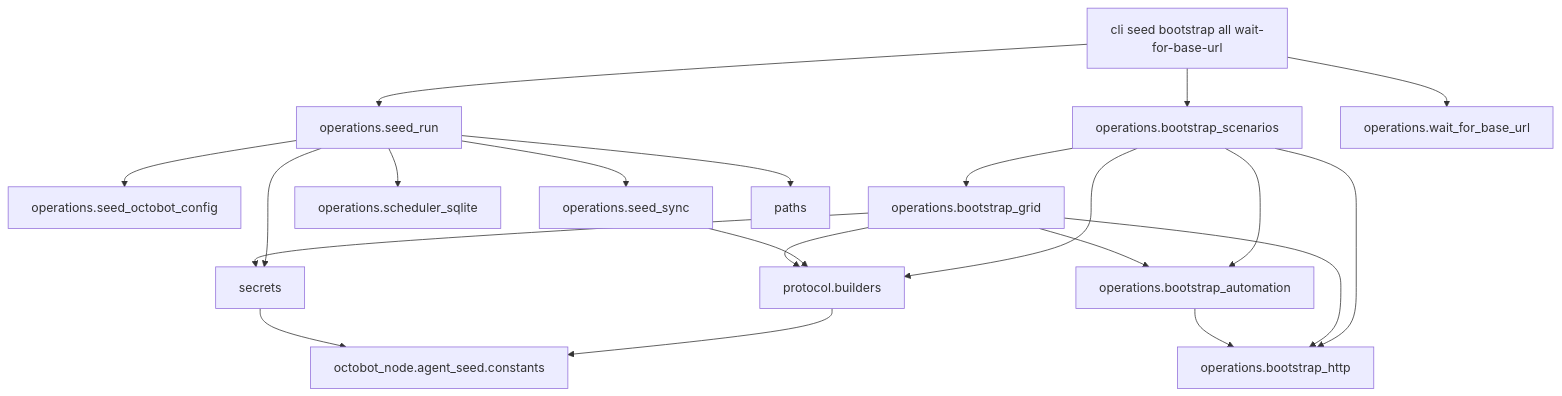
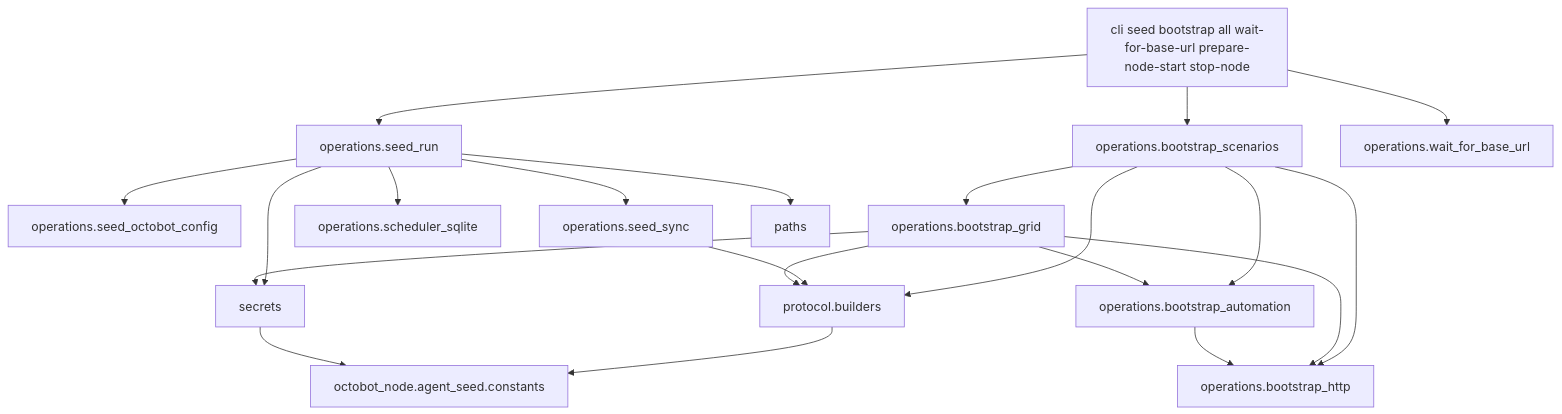
One commit to Drakkar-Software/OctoBot changed the diagram in tools/agent_seed/ARCHITECTURE.md. Above: the diagram before and after it, drawn with Mermaid. The commit also changed other lines of this file and 15 other files, not shown here.

First line of the commit message:
Fix agent-seed node lifecycle: detach --full, --stop, port checks

````diff
--- a/tools/agent_seed/ARCHITECTURE.md
+++ b/tools/agent_seed/ARCHITECTURE.md
@@ -14,37 +14,37 @@
 ```mermaid
 flowchart TB
-  cli[cli seed bootstrap all wait-for-base-url]
+  cli[cli seed bootstrap all wait-for-base-url prepare-node-start stop-node]
   seedRun[operations.seed_run]
   seedOctobotConfig[operations.seed_octobot_config]
   seedSync[operations.seed_sync]
   schedulerSqlite[operations.scheduler_sqlite]
   bootstrapAutomation[operations.bootstrap_automation]
   bootstrapGrid[operations.bootstrap_grid]
   bootstrapScenarios[operations.bootstrap_scenarios]
   bootstrapHttp[operations.bootstrap_http]
   builders[protocol.builders]
   pathsMod[paths]
   secretsMod[secrets]
   nodeConstants[octobot_node.agent_seed.constants]
 
   cli --> seedRun
   cli --> bootstrapScenarios
   cli --> waitForBaseUrl[operations.wait_for_base_url]
   bootstrapScenarios --> bootstrapGrid
   bootstrapScenarios --> bootstrapAutomation
   bootstrapScenarios --> bootstrapHttp
   bootstrapScenarios --> builders
   seedRun --> schedulerSqlite
   seedRun --> seedOctobotConfig
   seedRun --> seedSync
   seedRun --> pathsMod
   seedRun --> secretsMod
   seedSync --> builders
   bootstrapGrid --> bootstrapAutomation
   bootstrapGrid --> bootstrapHttp
   bootstrapGrid --> builders
   bootstrapGrid --> secretsMod
   bootstrapAutomation --> bootstrapHttp
   builders --> nodeConstants
   secretsMod --> nodeConstants
 ```
````
